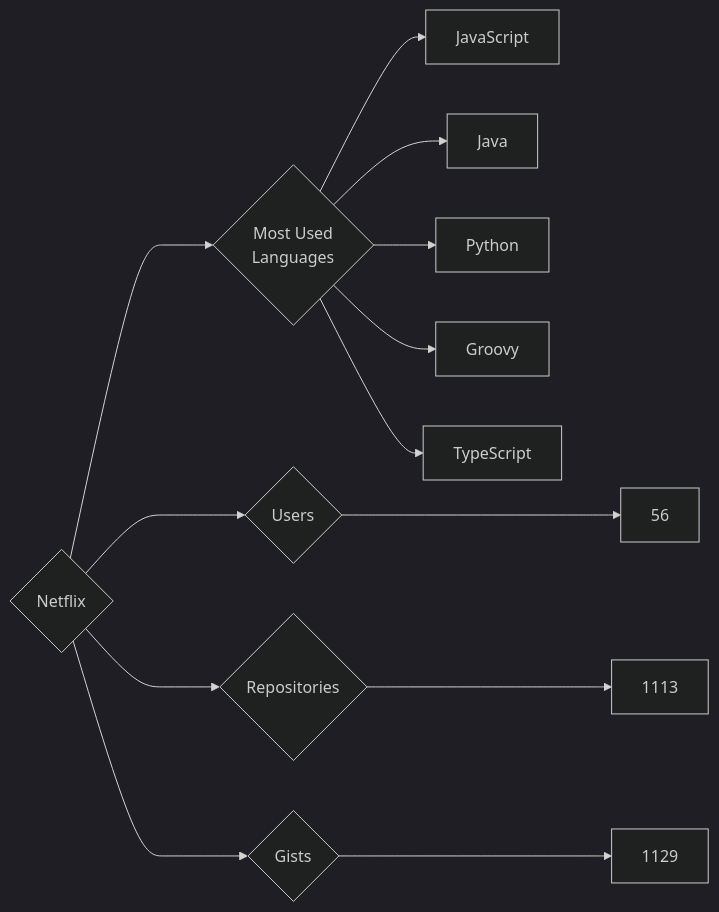
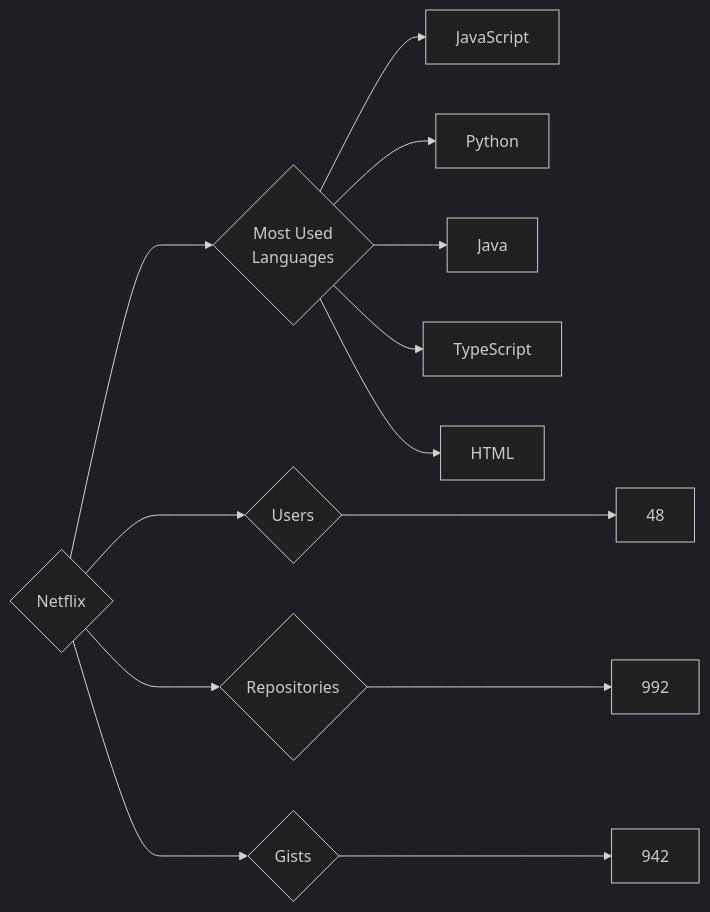
Before and after one commit to trickest/insiders: the diagram in targets/Netflix/README.md, drawn with Mermaid (dark theme). The commit also changed 928 other files, not shown here.

````diff
--- a/targets/Netflix/README.md
+++ b/targets/Netflix/README.md
@@ -3,13 +3,13 @@
 ```mermaid
 graph LR
 COMPANY_NAME{Netflix}
-COMPANY_NAME ---> U{Users} ---> UN[56]
-COMPANY_NAME ---> R{Repositories} ---> RN[1113]
-COMPANY_NAME ---> G{Gists} ---> GN[1129]
+COMPANY_NAME ---> U{Users} ---> UN[48]
+COMPANY_NAME ---> R{Repositories} ---> RN[992]
+COMPANY_NAME ---> G{Gists} ---> GN[942]
 COMPANY_NAME ---> ML{Most Used<br>Languages}
 ML --> JavaScript[JavaScript]
+ML --> Python[Python]
 ML --> Java[Java]
-ML --> Python[Python]
-ML --> Groovy[Groovy]
 ML --> TypeScript[TypeScript]
+ML --> HTML[HTML]
 ```
````
